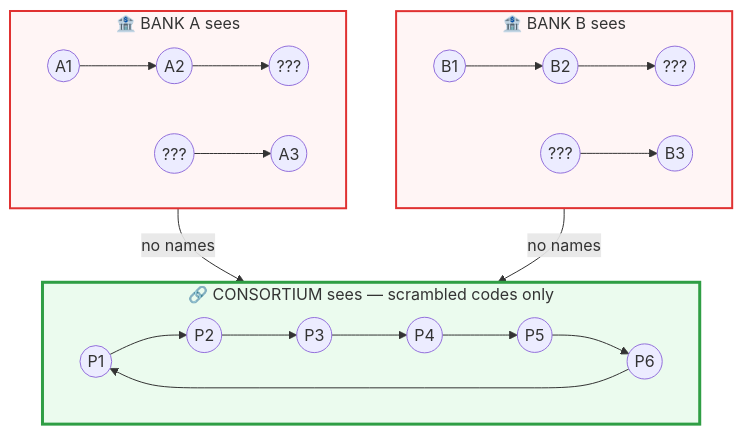
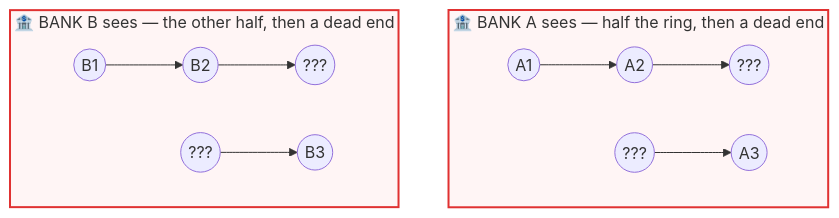
The second of 6 diagrams in README.md (akarshncodes/chakravyuh), drawn with Mermaid before and after one commit. The commit also changed other lines of this file, not shown here.

Commit message:
docs: split cross-bank diagram so the consortium view renders
GitHub's Mermaid renderer collapsed the CONSORTIUM subgraph to an
empty box because it was the target of cross-subgraph edges. Split
into two diagrams: the two bank views, then the closed consortium
loop as a top-level flowchart. Reordered the caption to match.

````diff
--- a/README.md
+++ b/README.md
@@ -118,28 +118,17 @@
 ```mermaid
 flowchart TB
-    subgraph A["🏦 BANK A sees"]
+    subgraph A["🏦 BANK A sees — half the ring, then a dead end"]
         direction LR
         a1(("A1")) --> a2(("A2")) --> ax(("???"))
         axx(("???")) --> a3(("A3"))
     end
 
-    subgraph B["🏦 BANK B sees"]
+    subgraph B["🏦 BANK B sees — the other half, then a dead end"]
         direction LR
         b1(("B1")) --> b2(("B2")) --> bx(("???"))
         bxx(("???")) --> b3(("B3"))
     end
 
-    subgraph C["🔗 CONSORTIUM sees — scrambled codes only"]
-        direction LR
-        c1(("P1")) --> c2(("P2")) --> c3(("P3"))
-        c3 --> c4(("P4")) --> c5(("P5")) --> c6(("P6"))
-        c6 --> c1
-    end
-
-    A -->|"no names"| C
-    B -->|"no names"| C
-
     style A fill:#fff5f5,stroke:#e03131,stroke-width:2px
     style B fill:#fff5f5,stroke:#e03131,stroke-width:2px
-    style C fill:#ebfbee,stroke:#2f9e44,stroke-width:3px
 ```
````
